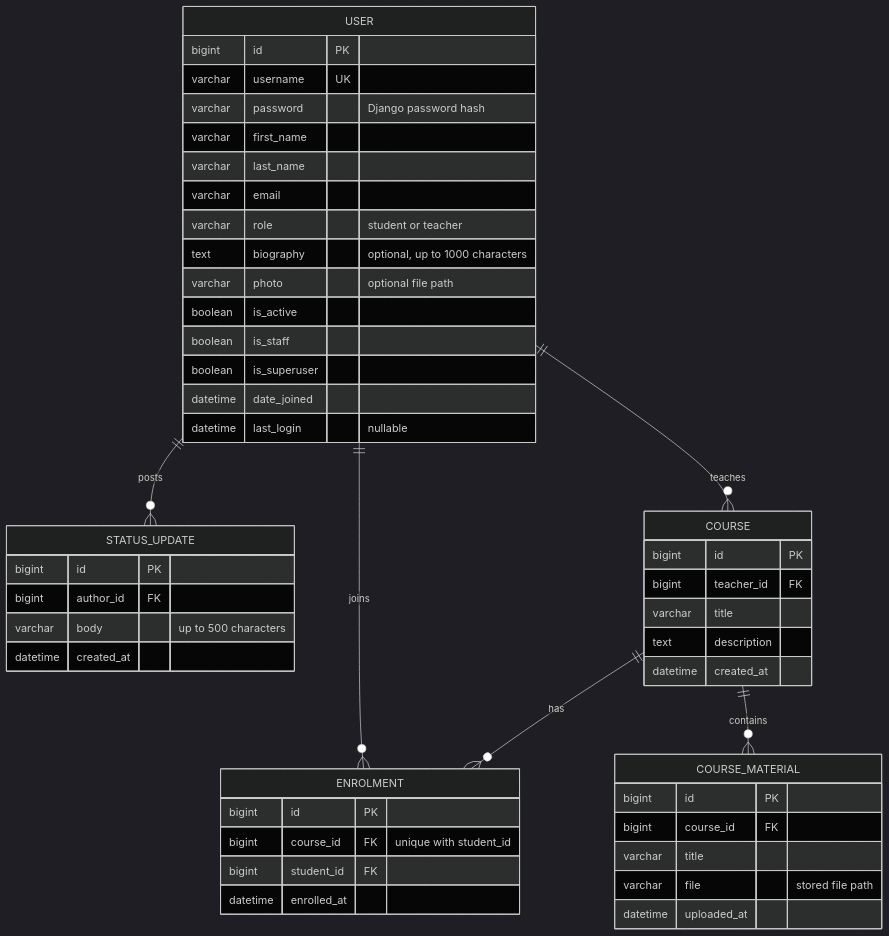
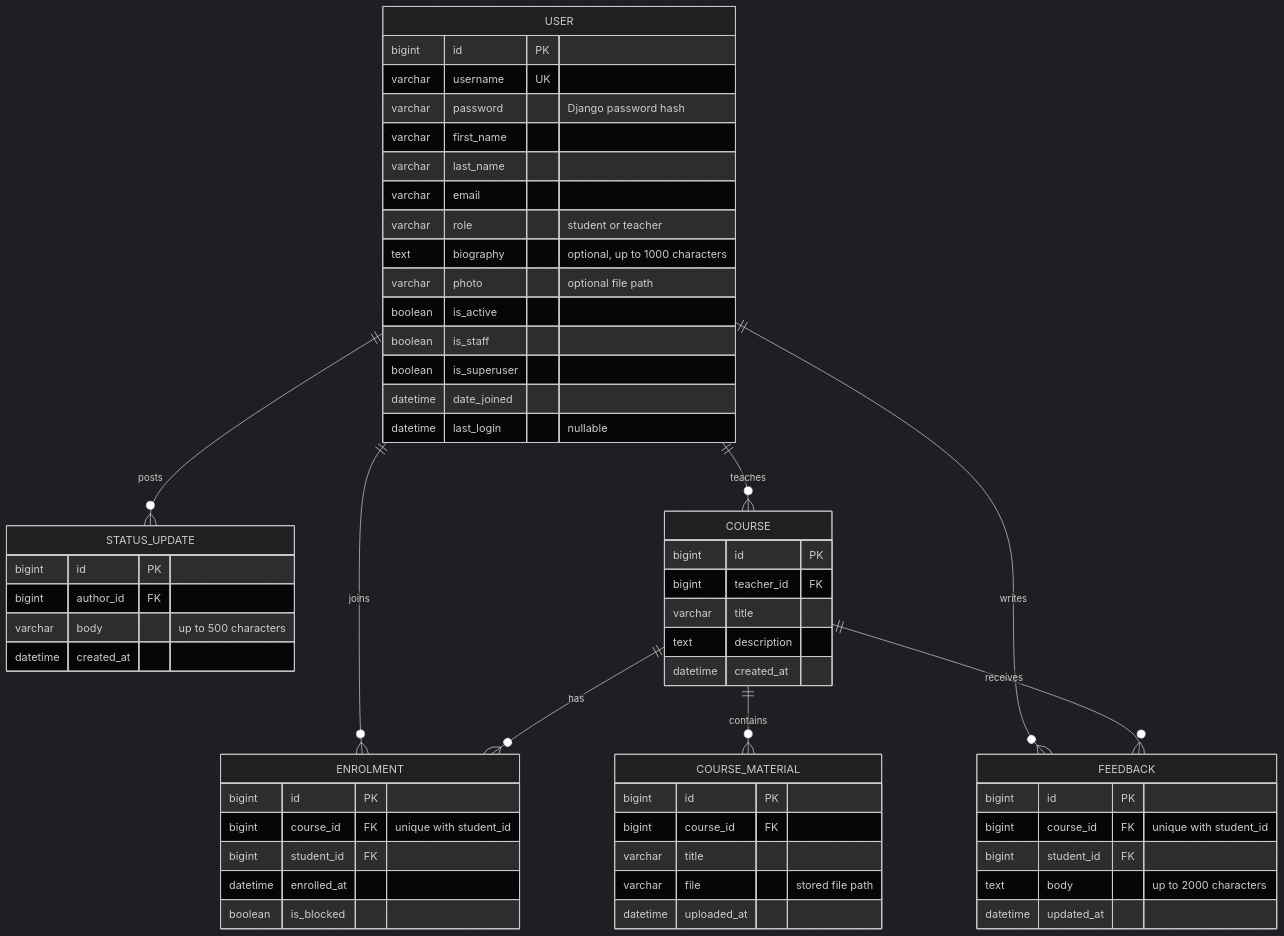
Before and after one commit to edoardolai/studyroom: the diagram in er_diagram.mmd, drawn with Mermaid (dark theme). The commit also changed 1 other file, not shown here.

Commit message:
document feedback search and course moderation

```diff
--- a/er_diagram.mmd
+++ b/er_diagram.mmd
@@ -1,48 +1,58 @@
 erDiagram
     USER {
         bigint id PK
         varchar username UK
         varchar password "Django password hash"
         varchar first_name
         varchar last_name
         varchar email
         varchar role "student or teacher"
         text biography "optional, up to 1000 characters"
         varchar photo "optional file path"
         boolean is_active
         boolean is_staff
         boolean is_superuser
         datetime date_joined
         datetime last_login "nullable"
     }
     USER ||--o{ STATUS_UPDATE : posts
     STATUS_UPDATE {
         bigint id PK
         bigint author_id FK
         varchar body "up to 500 characters"
         datetime created_at
     }
     USER ||--o{ COURSE : teaches
     USER ||--o{ ENROLMENT : joins
     COURSE ||--o{ ENROLMENT : has
     COURSE ||--o{ COURSE_MATERIAL : contains
     COURSE {
         bigint id PK
         bigint teacher_id FK
         varchar title
         text description
         datetime created_at
     }
     ENROLMENT {
         bigint id PK
         bigint course_id FK "unique with student_id"
         bigint student_id FK
         datetime enrolled_at
+        boolean is_blocked
     }
     COURSE_MATERIAL {
         bigint id PK
         bigint course_id FK
         varchar title
         varchar file "stored file path"
         datetime uploaded_at
     }
+    USER ||--o{ FEEDBACK : writes
+    COURSE ||--o{ FEEDBACK : receives
+    FEEDBACK {
+        bigint id PK
+        bigint course_id FK "unique with student_id"
+        bigint student_id FK
+        text body "up to 2000 characters"
+        datetime updated_at
+    }
```
